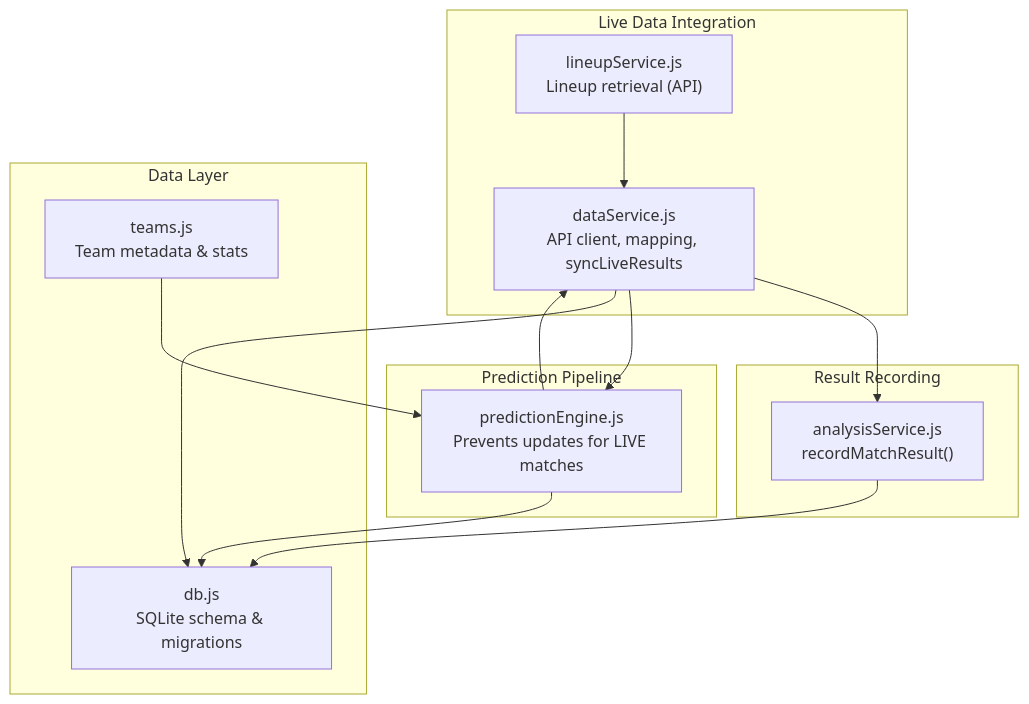
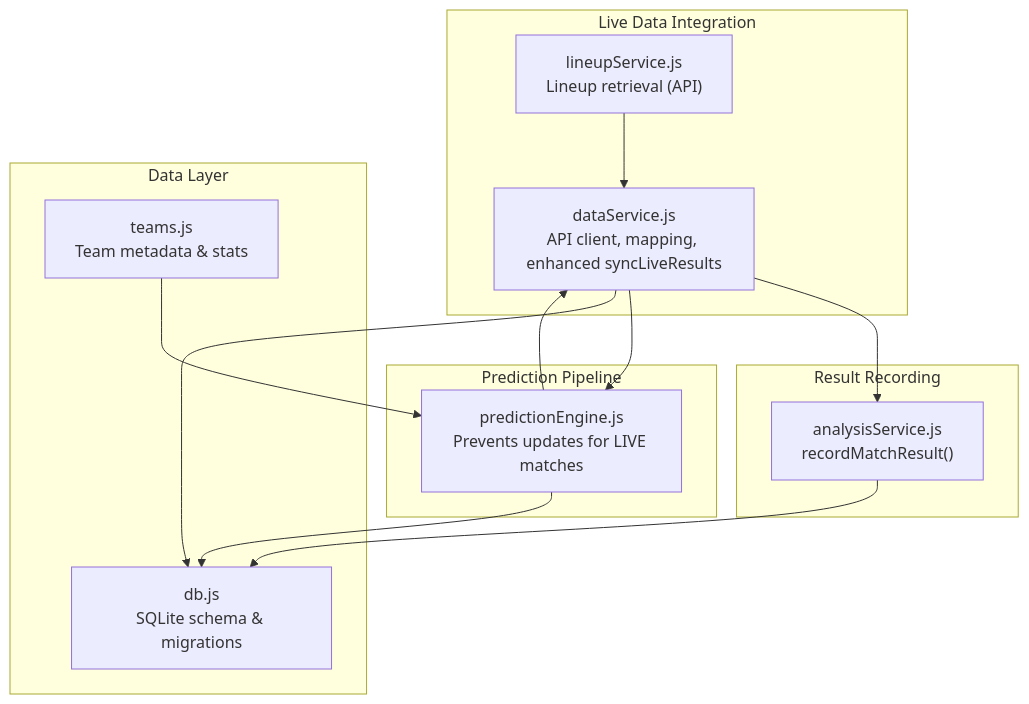
Before and after one commit to cheesiong/WC26-qwen: the first of 8 diagrams in .qoder/repowiki/en/content/Data Services/Live Data Integration.md, drawn with Mermaid. The commit also changed other lines of this file and 30 other files, not shown here.

````diff
--- a/.qoder/repowiki/en/content/Data Services/Live Data Integration.md
+++ b/.qoder/repowiki/en/content/Data Services/Live Data Integration.md
@@ -35,25 +42,25 @@
 ```mermaid
 graph TB
 subgraph "Live Data Integration"
-DS["dataService.js<br/>API client, mapping, syncLiveResults"]
+DS["dataService.js<br/>API client, mapping, enhanced syncLiveResults"]
 LS["lineupService.js<br/>Lineup retrieval (API)"]
 end
 subgraph "Prediction Pipeline"
 PE["predictionEngine.js<br/>Prevents updates for LIVE matches"]
 end
 subgraph "Result Recording"
 AS["analysisService.js<br/>recordMatchResult()"]
 end
 subgraph "Data Layer"
 DB["db.js<br/>SQLite schema & migrations"]
 TD["teams.js<br/>Team metadata & stats"]
 end
 DS --> AS
 DS --> PE
 DS --> DB
 AS --> DB
 PE --> DB
 PE --> DS
 LS --> DS
 TD --> PE
 ```
````
